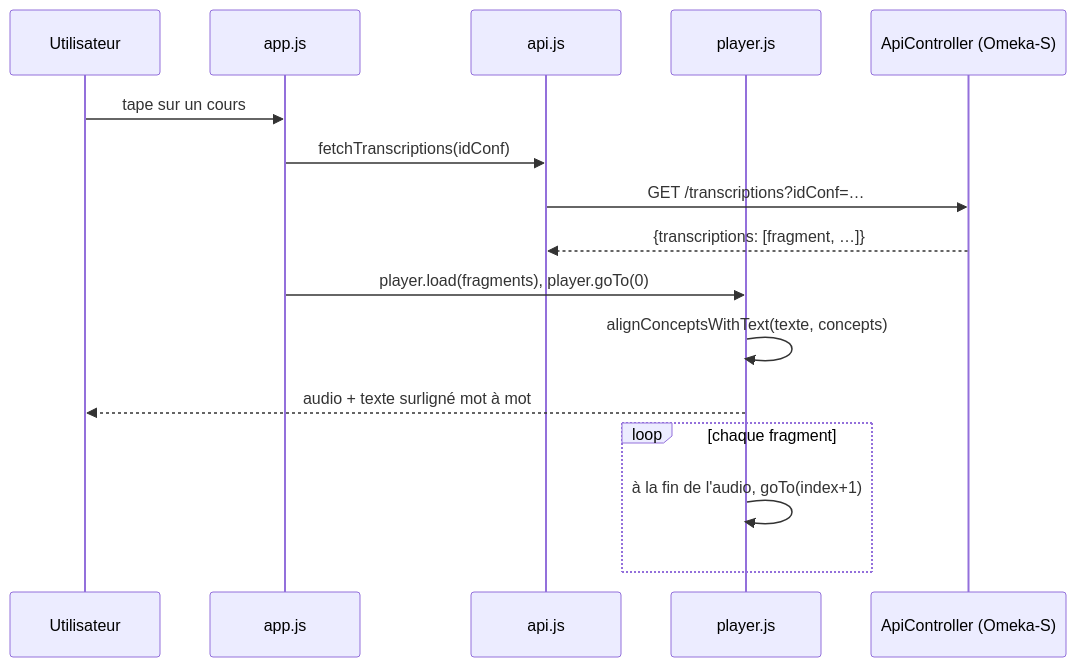
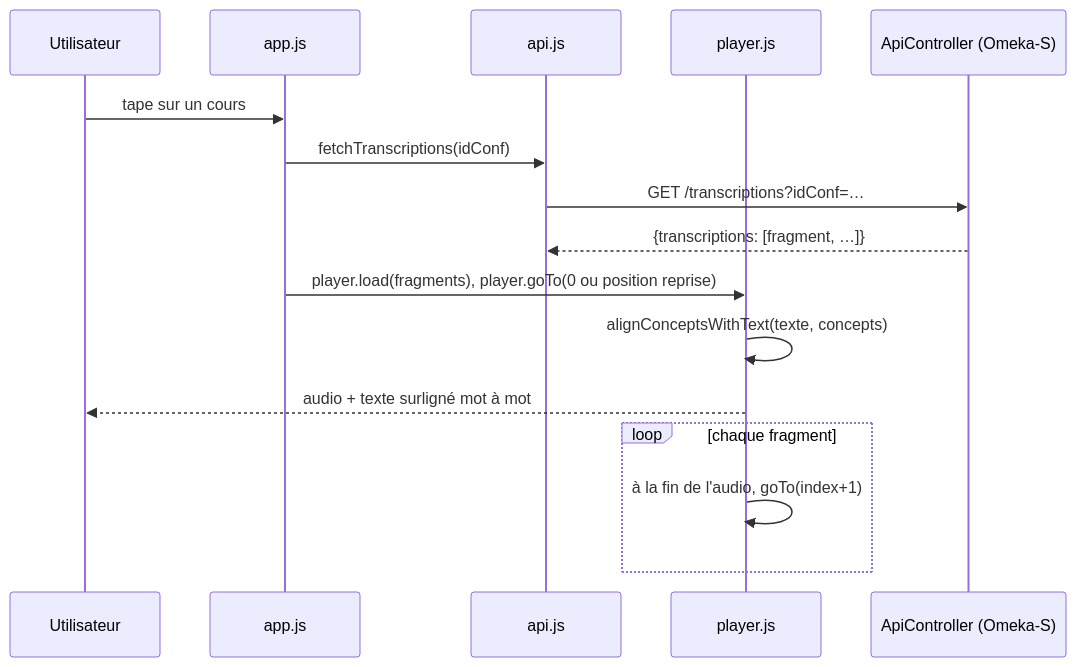
One commit to samszo/exploDeleuze changed the second of 8 diagrams in mobilapp/fluxconceptuel/README.md. Above: the diagram before and after it, drawn with Mermaid. The commit also changed other lines of this file, not shown here.

````diff
--- a/mobilapp/fluxconceptuel/README.md
+++ b/mobilapp/fluxconceptuel/README.md
@@ -92,19 +121,19 @@
 ```mermaid
 sequenceDiagram
     participant U as Utilisateur
     participant App as app.js
     participant Api as api.js
     participant Player as player.js
     participant Omk as ApiController (Omeka-S)
 
     U->>App: tape sur un cours
     App->>Api: fetchTranscriptions(idConf)
     Api->>Omk: GET /transcriptions?idConf=…
     Omk-->>Api: {transcriptions: [fragment, …]}
-    App->>Player: player.load(fragments), player.goTo(0)
+    App->>Player: player.load(fragments), player.goTo(0 ou position reprise)
     Player->>Player: alignConceptsWithText(texte, concepts)
     Player-->>U: audio + texte surligné mot à mot
     loop chaque fragment
         Player->>Player: à la fin de l'audio, goTo(index+1)
     end
 ```
````
